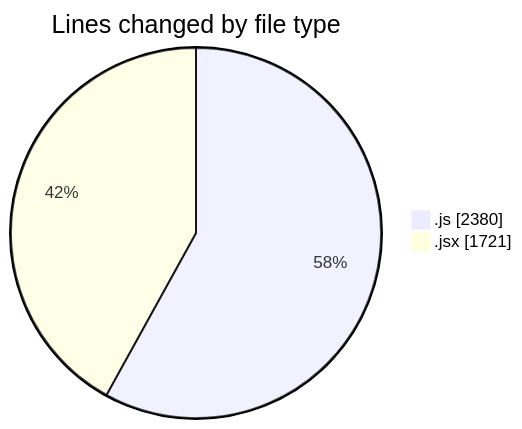
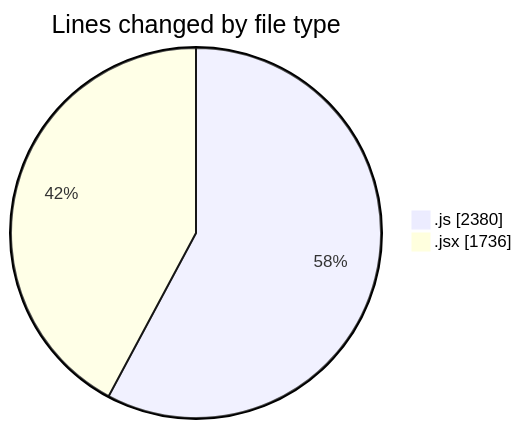
The first of 2 diagrams in 2026-01-04/nxtqube_webapp/README.md (nxtqubesakshisongat/code-tracking), drawn with Mermaid before and after one commit. The commit also changed other lines of this file and 1 other file, not shown here.

````diff
--- a/2026-01-04/nxtqube_webapp/README.md
+++ b/2026-01-04/nxtqube_webapp/README.md
@@ -21,6 +21,6 @@
 ```mermaid
 pie showData
 title Lines changed by file type
 ".js" : 2380
-".jsx" : 1721
+".jsx" : 1736
 ```
````
